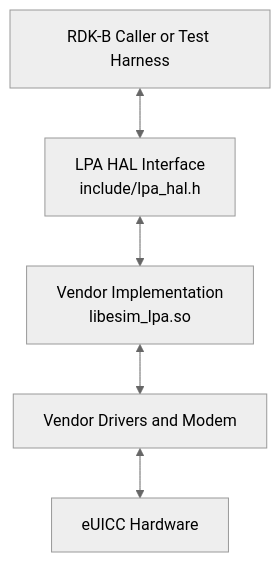
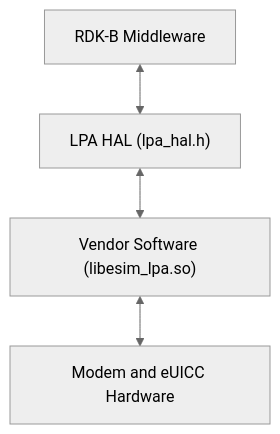
One commit to Blitzy-Sky/rdkb-halif-lpa changed the first of 3 diagrams in docs/pages/halSpec.md. Above: the diagram before and after it, drawn with Mermaid (neutral theme). The commit also changed other lines of this file, not shown here.

First line of the commit message:
docs: simplify the LPA_HAL specification

````diff
--- a/docs/pages/halSpec.md
+++ b/docs/pages/halSpec.md
@@ -56,7 +36,6 @@
 ```mermaid
 flowchart TD
-    Caller["RDK-B Caller or Test Harness"] <--> HALIF["LPA HAL Interface<br/>include/lpa_hal.h"]
-    HALIF <--> VendorLib["Vendor Implementation<br/>libesim_lpa.so"]
-    VendorLib <--> Drivers["Vendor Drivers and Modem"]
-    Drivers <--> Euicc["eUICC Hardware"]
+    Caller["RDK-B Middleware"] <--> HAL["LPA HAL (lpa_hal.h)"]
+    HAL <--> Vendor["Vendor Software (libesim_lpa.so)"]
+    Vendor <--> Hardware["Modem and eUICC Hardware"]
 ```
````
